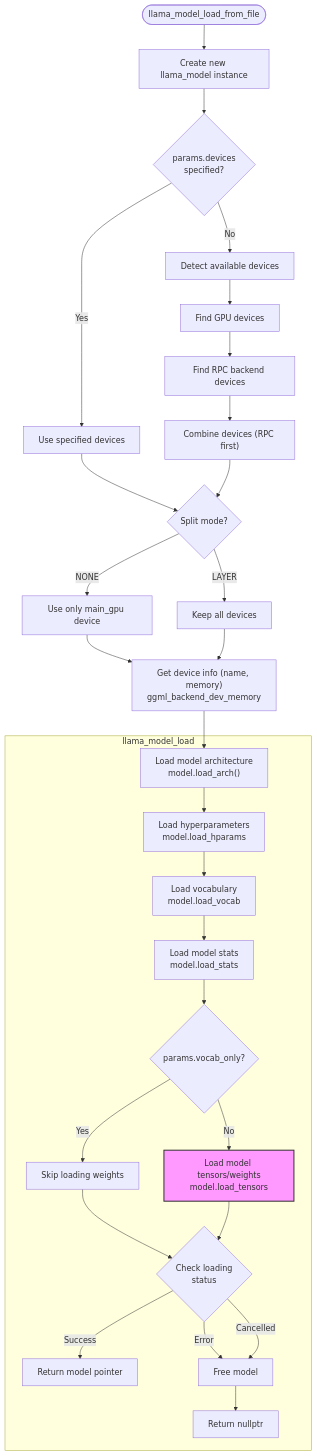
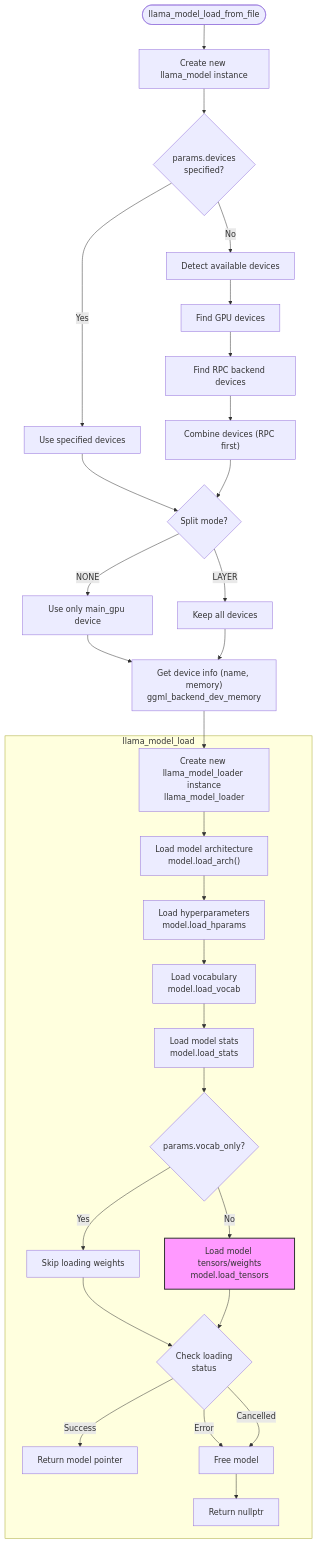
The fourth of 16 diagrams in LLM/llama.cpp_flowchart.md (cshbli/ML-CV-AI), drawn with Mermaid before and after one commit. The commit also changed other lines of this file and 1 other file, not shown here.

Commit message:
Update llama.cpp flowchart

````diff
--- a/LLM/llama.cpp_flowchart.md
+++ b/LLM/llama.cpp_flowchart.md
@@ -183,49 +182,49 @@
 ```mermaid
 flowchart TD
     start([llama_model_load_from_file]) --> create_model["Create new llama_model instance"]
     
     create_model --> has_devices{"params.devices<br>specified?"}
     
     has_devices -->|Yes| use_specified["Use specified devices"]
     has_devices -->|No| auto_detect["Detect available devices"]
     
     auto_detect --> collect_gpus["Find GPU devices"]
     collect_gpus --> collect_rpc["Find RPC backend devices"]
     collect_rpc --> combine["Combine devices (RPC first)"]
     
     use_specified --> check_split_mode
     combine --> check_split_mode{"Split mode?"}
     
     check_split_mode -->|NONE| use_main_gpu["Use only main_gpu device"]
     check_split_mode -->|LAYER| keep_all["Keep all devices"]
     
     use_main_gpu --> log_devices
     keep_all --> log_devices["Get device info (name, memory)<br>ggml_backend_dev_memory"]
     
-    log_devices --> load_arch["Load model architecture<br>model.load_arch()"]
+    log_devices --> model_loader_init["Create new llama_model_loader instance<br>llama_model_loader"]    
 
     subgraph llama_model_load[llama_model_load]
     
-    
-    load_arch --> load_hparams["Load hyperparameters<br>model.load_hparams"]
-    load_hparams --> load_vocab["Load vocabulary<br>model.load_vocab"]
-    load_vocab --> load_stats["Load model stats<br>model.load_stats"]
-    
-    load_stats --> vocab_only{"params.vocab_only?"}
-    
-    vocab_only -->|Yes| skip_tensors["Skip loading weights"]
-    vocab_only -->|No| load_tensors["Load model tensors/weights<br>model.load_tensors"]
-    
-    skip_tensors --> check_status
-    load_tensors --> check_status{"Check loading<br>status"}
-    
-    check_status -->|Success| return_model["Return model pointer"]
-    check_status -->|Error| free_model["Free model"]
-    check_status -->|Cancelled| free_model
-    
-    free_model --> return_null["Return nullptr"]
+      model_loader_init --> load_arch["Load model architecture<br>model.load_arch()"]
+      load_arch --> load_hparams["Load hyperparameters<br>model.load_hparams"]
+      load_hparams --> load_vocab["Load vocabulary<br>model.load_vocab"]
+      load_vocab --> load_stats["Load model stats<br>model.load_stats"]
+      
+      load_stats --> vocab_only{"params.vocab_only?"}
+      
+      vocab_only -->|Yes| skip_tensors["Skip loading weights"]
+      vocab_only -->|No| load_tensors["Load model tensors/weights<br>model.load_tensors"]
+      
+      skip_tensors --> check_status
+      load_tensors --> check_status{"Check loading<br>status"}
+      
+      check_status -->|Success| return_model["Return model pointer"]
+      check_status -->|Error| free_model["Free model"]
+      check_status -->|Cancelled| free_model
+      
+      free_model --> return_null["Return nullptr"]
     end
 
     classDef CoreProcess fill:#f9f,stroke:#333,stroke-width:2px;
     class load_tensors CoreProcess;
 ```
````
